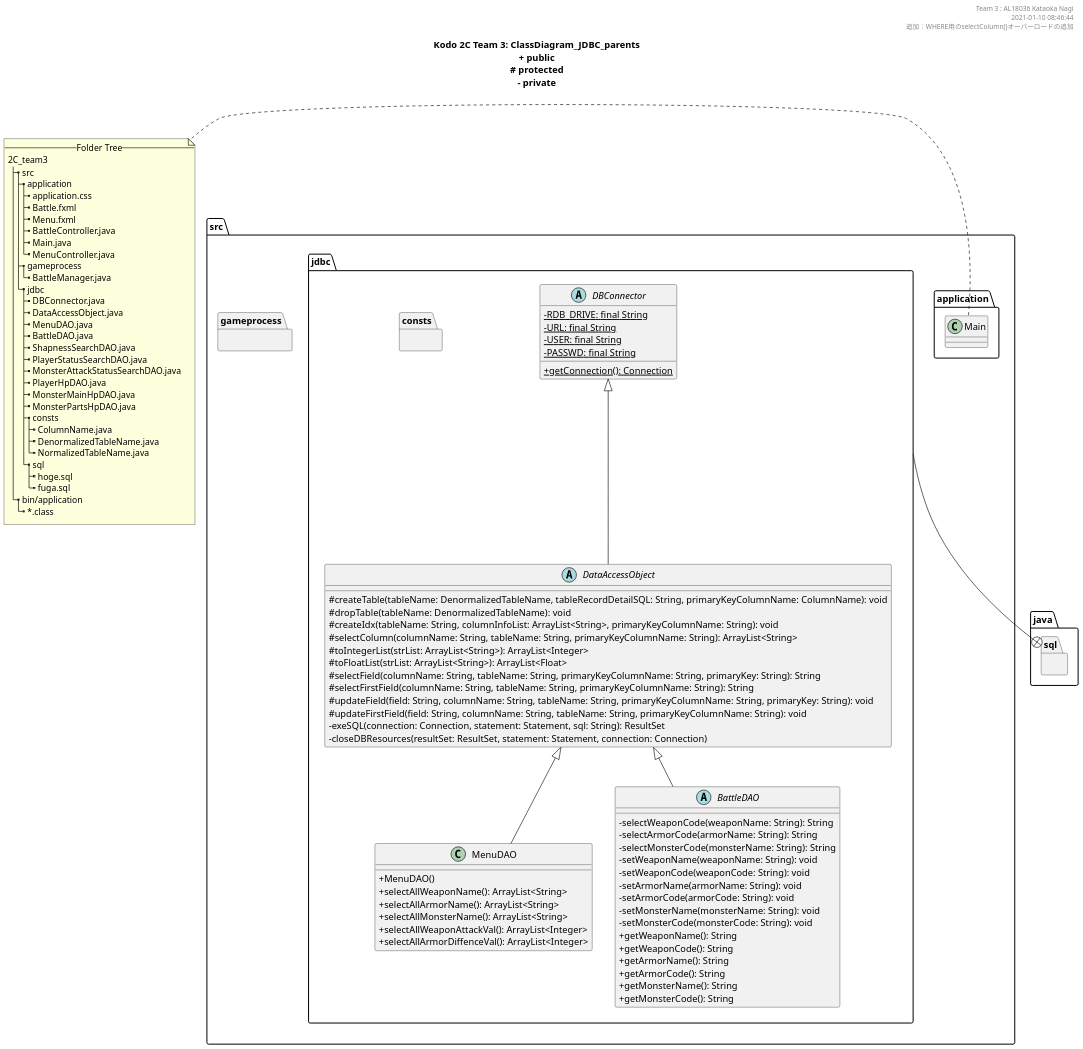
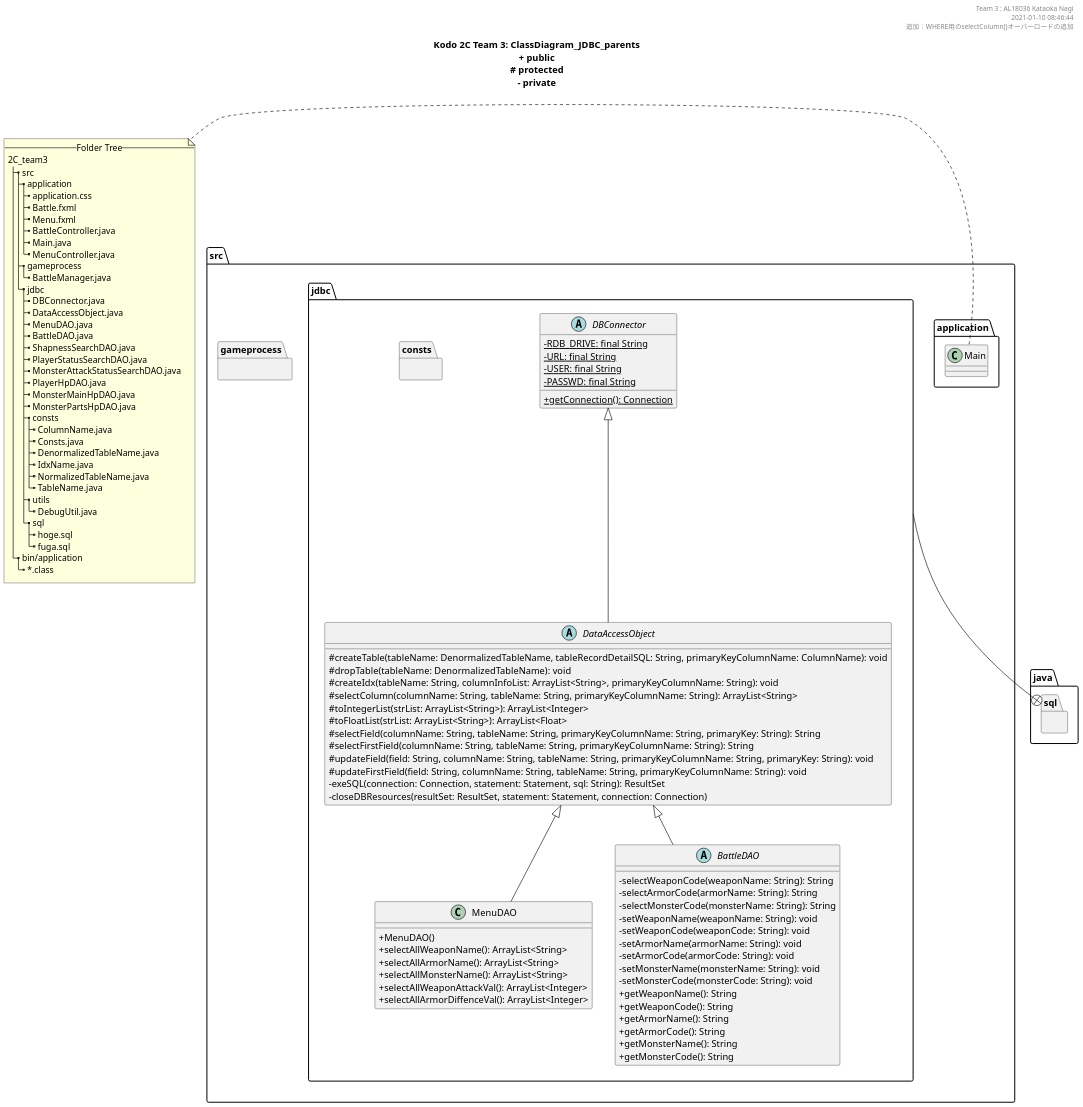
Before and after one commit to KataokaNagi/2C_team3: the diagram in uml/ClassDiagram_JDBC_parents.pu, drawn with PlantUML. The commit also changed 9 other files, not shown here.

```diff
--- a/uml/ClassDiagram_JDBC_parents.pu
+++ b/uml/ClassDiagram_JDBC_parents.pu
@@ -16,182 +16,187 @@
 @startuml ./out/ClassDiagram_JDBC_parents.png
 scale 1.5
 skinparam DefaultFontName メイリオ
 ' 可視性の変更
 skinparam classAttributeIconSize 0
 
 ''''''''''''''''''''''''''''''''''''''''''''''''''
 
 header 
 Team 3 : AL18036 Kataoka Nagi
 2021-01-10 08:46:44
 追加：WHERE用のselectColumn()オーバーロードの追加
 end header
 
 ''''''''''''''''''''''''''''''''''''''''''''''''''
 
 title
 **Kodo 2C Team 3: ClassDiagram_JDBC_parents**
 + public
 ~# protected
 ~- private
 end title
 ' __static__
 
 ''''''''''''''''''''''''''''''''''''''''''''''''''''''''''''''''''''''''''''''''
 
 package src {
   package src.application {
     class Main
   }
   package src.gameprocess {
   }
   package src.jdbc {
   }
 }
 
 ''''''''''''''''''''''''''''''''''''''''''''''''''''''''''''''''''''''''''''''''
 
 note left
   --Folder Tree--
   2C_team3
   |_ src
     |_ application
       |_ application.css
       |_ Battle.fxml
       |_ Menu.fxml
       |_ BattleController.java
       |_ Main.java
       |_ MenuController.java
     |_ gameprocess
       |_ BattleManager.java
     |_ jdbc
       |_ DBConnector.java
       |_ DataAccessObject.java
       |_ MenuDAO.java
       |_ BattleDAO.java
       |_ ShapnessSearchDAO.java
       |_ PlayerStatusSearchDAO.java
       |_ MonsterAttackStatusSearchDAO.java
       |_ PlayerHpDAO.java
       |_ MonsterMainHpDAO.java
       |_ MonsterPartsHpDAO.java
       |_ consts
         |_ ColumnName.java
+        |_ Consts.java
         |_ DenormalizedTableName.java
+        |_ IdxName.java
         |_ NormalizedTableName.java
+        |_ TableName.java
+      |_ utils
+        |_ DebugUtil.java
       |_ sql
         |_ hoge.sql
         |_ fuga.sql
   |_ bin/application
     |_ ~*.class
 end note
 
 ''''''''''''''''''''''''''''''''''''''''''''''''''''''''''''''''''''''''''''''''
 
 package java.sql {
 }
 
 ' package javafx {
 '   class Application
 '   Interface Initializable
 ' }
 
 package src.jdbc {
   package src.jdbc.consts {
   }
 }
 
 src.jdbc --+ java.sql
 ' src.application --+ javafx
 
 ''''''''''''''''''''''''''''''''''''''''''''''''''
 
 ' @note クラスの命名規則
 ' @see  https://qiita.com/KeithYokoma/items/ee21fec6a3ebb5d1e9a8
 
 package src.application {
 }
 
 ' 記事のクラス
   ' class ApplicationController extends Initializable {
   '   - dropDown: ChoiceBox<String>
   '   - textBox: TextField
   '   - button: Button
 
   '   + initialize(location: URL, resources: ResourceBundle): void
   '   + onClick(event: ActionEvent): void
   '   + getToolType(): ChoiceBox<String>
   '   + setToolType(toolType: ChoiceBox<String>): void
   '   + getInputFile(): TextField
   '   + setInputFile(textBox: TextField): void
   '   + getReference(): Button
   '   + setReference(button: Button): void
   ' }
 
 
 ''''''''''''''''''''''''''''''''''''''''''''''''''
 
 package src.gameprocess {
 }
 
 ''''''''''''''''''''''''''''''''''''''''''''''''''
 
 package src.jdbc {
   ' @note DAO pattern
   ' @see https://kanda-it-school-kensyu.com/java-jdbc-contents/jj_ch04/jj_0401/
 
   abstract class DBConnector {
     - {static} RDB_DRIVE: final String
     - {static} URL: final String
     - {static} USER: final String
     - {static} PASSWD: final String
 
     + {static} getConnection(): Connection
   }
 
   abstract class DataAccessObject extends DBConnector {
     # createTable(tableName: DenormalizedTableName, tableRecordDetailSQL: String, primaryKeyColumnName: ColumnName): void
     # dropTable(tableName: DenormalizedTableName): void
     # createIdx(tableName: String, columnInfoList: ArrayList<String>, primaryKeyColumnName: String): void
     # selectColumn(columnName: String, tableName: String, primaryKeyColumnName: String): ArrayList<String>
     # toIntegerList(strList: ArrayList<String>): ArrayList<Integer>
     # toFloatList(strList: ArrayList<String>): ArrayList<Float>
     # selectField(columnName: String, tableName: String, primaryKeyColumnName: String, primaryKey: String): String
     # selectFirstField(columnName: String, tableName: String, primaryKeyColumnName: String): String
     # updateField(field: String, columnName: String, tableName: String, primaryKeyColumnName: String, primaryKey: String): void
     # updateFirstField(field: String, columnName: String, tableName: String, primaryKeyColumnName: String): void
     - exeSQL(connection: Connection, statement: Statement, sql: String): ResultSet
     - closeDBResources(resultSet: ResultSet, statement: Statement, connection: Connection)
   }
 
   class MenuDAO extends DataAccessObject {
     + MenuDAO()
     + selectAllWeaponName(): ArrayList<String>
     + selectAllArmorName(): ArrayList<String>
     + selectAllMonsterName(): ArrayList<String>
     + selectAllWeaponAttackVal(): ArrayList<Integer>
     + selectAllArmorDiffenceVal(): ArrayList<Integer>
   }
 
   abstract class BattleDAO extends DataAccessObject {
   - selectWeaponCode(weaponName: String): String
   - selectArmorCode(armorName: String): String
   - selectMonsterCode(monsterName: String): String
   - setWeaponName(weaponName: String): void
   - setWeaponCode(weaponCode: String): void
   - setArmorName(armorName: String): void
   - setArmorCode(armorCode: String): void
   - setMonsterName(monsterName: String): void
   - setMonsterCode(monsterCode: String): void
   + getWeaponName(): String
   + getWeaponCode(): String
   + getArmorName(): String
   + getArmorCode(): String
   + getMonsterName(): String
   + getMonsterCode(): String
   }
 }
 
 ''''''''''''''''''''''''''''''''''''''''''''''''''''''''''''''''''''''''''''''''
 
 @enduml
```
